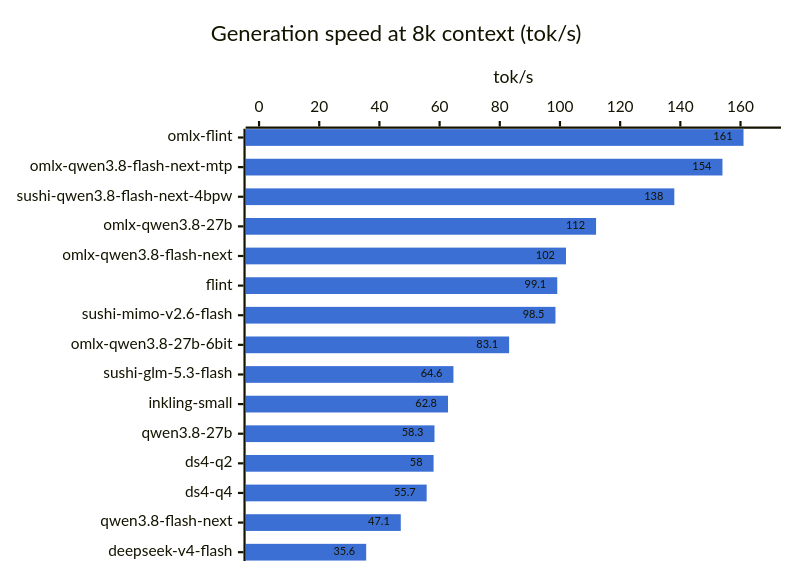
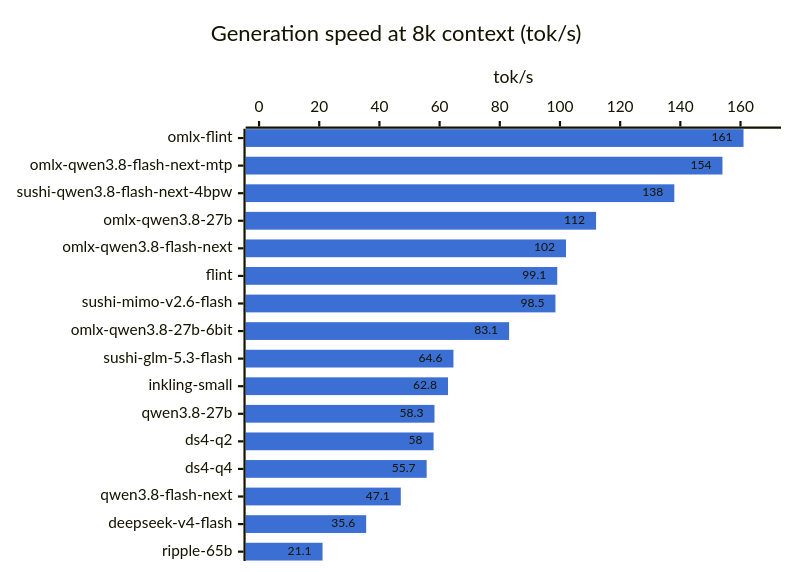
One commit to hofftodd/ai-bench changed the second of 2 diagrams in RESULTS-mac.md. Above: the diagram before and after it, drawn with Mermaid. The commit also changed other lines of this file and 7 other files, not shown here.

First line of the commit message:
Results: terminal-x3 on the Mac (ds4-q4 100%, flint on oMLX 96.3%); qwen3.8-27b at 6 bits; Ripple-65B queued

````diff
--- a/RESULTS-mac.md
+++ b/RESULTS-mac.md
@@ -46,8 +47,8 @@
 ```mermaid
 %%{init: {"xyChart": {"showDataLabel": true}, "themeVariables": {"xyChart": {"plotColorPalette": "#3b6fd4"}}}}%%
 xychart-beta horizontal
     title "Generation speed at 8k context (tok/s)"
-    x-axis ["omlx-flint", "omlx-qwen3.8-flash-next-mtp", "sushi-qwen3.8-flash-next-4bpw", "omlx-qwen3.8-27b", "omlx-qwen3.8-flash-next", "flint", "sushi-mimo-v2.6-flash", "omlx-qwen3.8-27b-6bit", "sushi-glm-5.3-flash", "inkling-small", "qwen3.8-27b", "ds4-q2", "ds4-q4", "qwen3.8-flash-next", "deepseek-v4-flash"]
+    x-axis ["omlx-flint", "omlx-qwen3.8-flash-next-mtp", "sushi-qwen3.8-flash-next-4bpw", "omlx-qwen3.8-27b", "omlx-qwen3.8-flash-next", "flint", "sushi-mimo-v2.6-flash", "omlx-qwen3.8-27b-6bit", "sushi-glm-5.3-flash", "inkling-small", "qwen3.8-27b", "ds4-q2", "ds4-q4", "qwen3.8-flash-next", "deepseek-v4-flash", "ripple-65b"]
     y-axis "tok/s" 0 --> 169
-    bar [161.0, 154.0, 138.0, 112.0, 102.0, 99.1, 98.5, 83.1, 64.6, 62.8, 58.3, 58.0, 55.7, 47.1, 35.6]
+    bar [161.0, 154.0, 138.0, 112.0, 102.0, 99.1, 98.5, 83.1, 64.6, 62.8, 58.3, 58.0, 55.7, 47.1, 35.6, 21.1]
 ```
````
